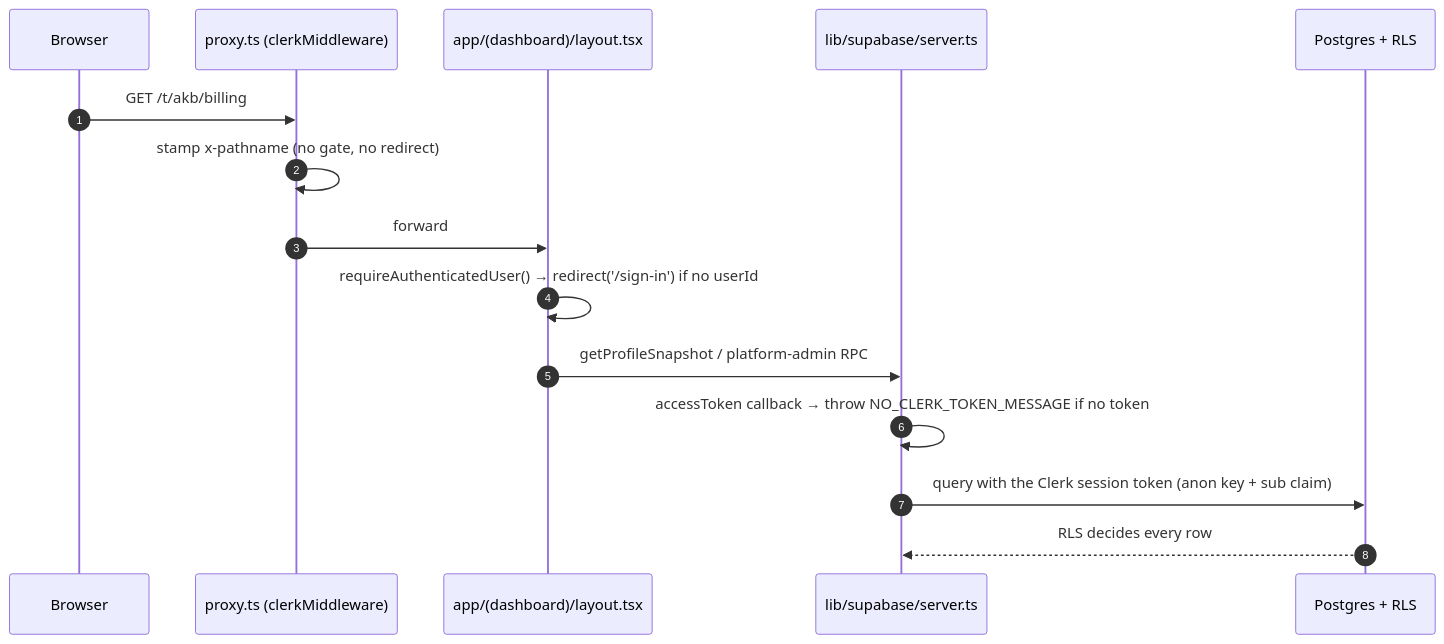
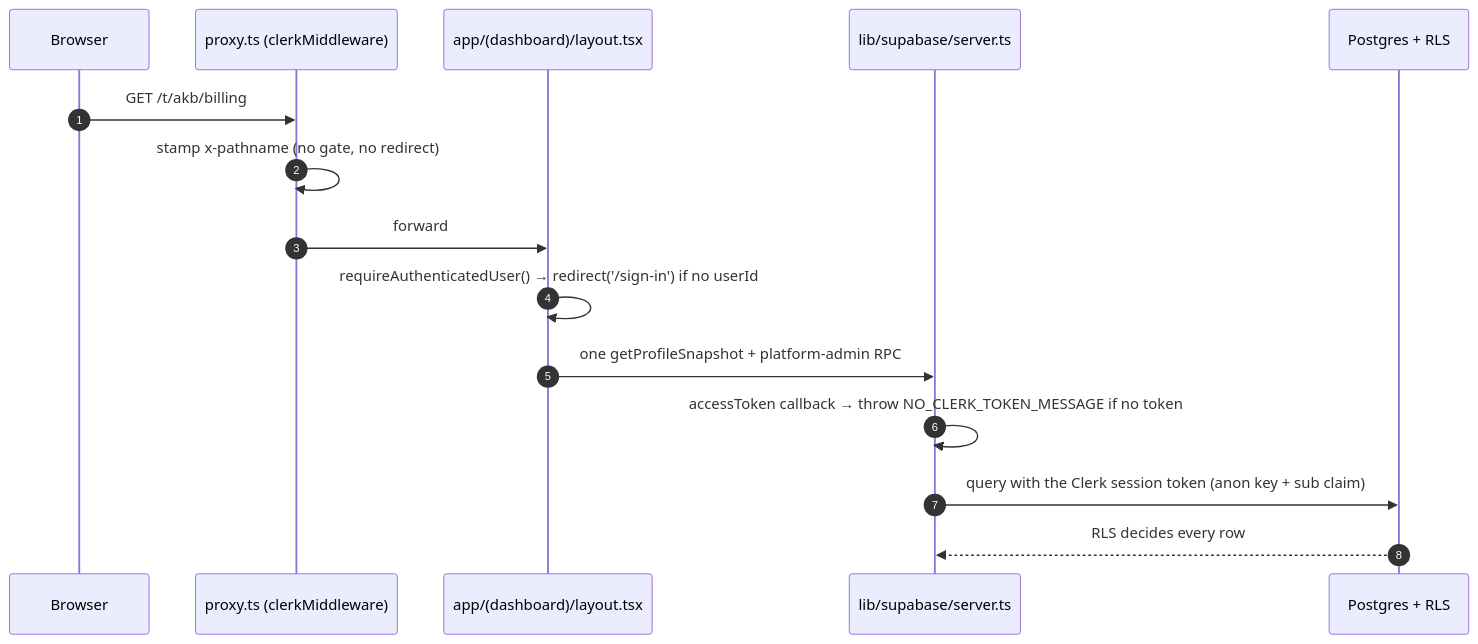
The first of 2 diagrams in openwiki/architecture/overview.md (shuakyle21/tesda-compliance-manager), drawn with Mermaid before and after one commit. The commit also changed other lines of this file and 10 other files, not shown here.

````diff
--- a/openwiki/architecture/overview.md
+++ b/openwiki/architecture/overview.md
@@ -154,17 +159,17 @@
 ```mermaid
 sequenceDiagram
     autonumber
     participant B as Browser
     participant P as proxy.ts (clerkMiddleware)
     participant L as app/(dashboard)/layout.tsx
     participant C as lib/supabase/server.ts
     participant DB as Postgres + RLS
     B->>P: GET /t/akb/billing
     P->>P: stamp x-pathname (no gate, no redirect)
     P->>L: forward
     L->>L: requireAuthenticatedUser() → redirect('/sign-in') if no userId
-    L->>C: getProfileSnapshot / platform-admin RPC
+    L->>C: one getProfileSnapshot + platform-admin RPC
     C->>C: accessToken callback → throw NO_CLERK_TOKEN_MESSAGE if no token
     C->>DB: query with the Clerk session token (anon key + sub claim)
     DB-->>C: RLS decides every row
 ```
````
